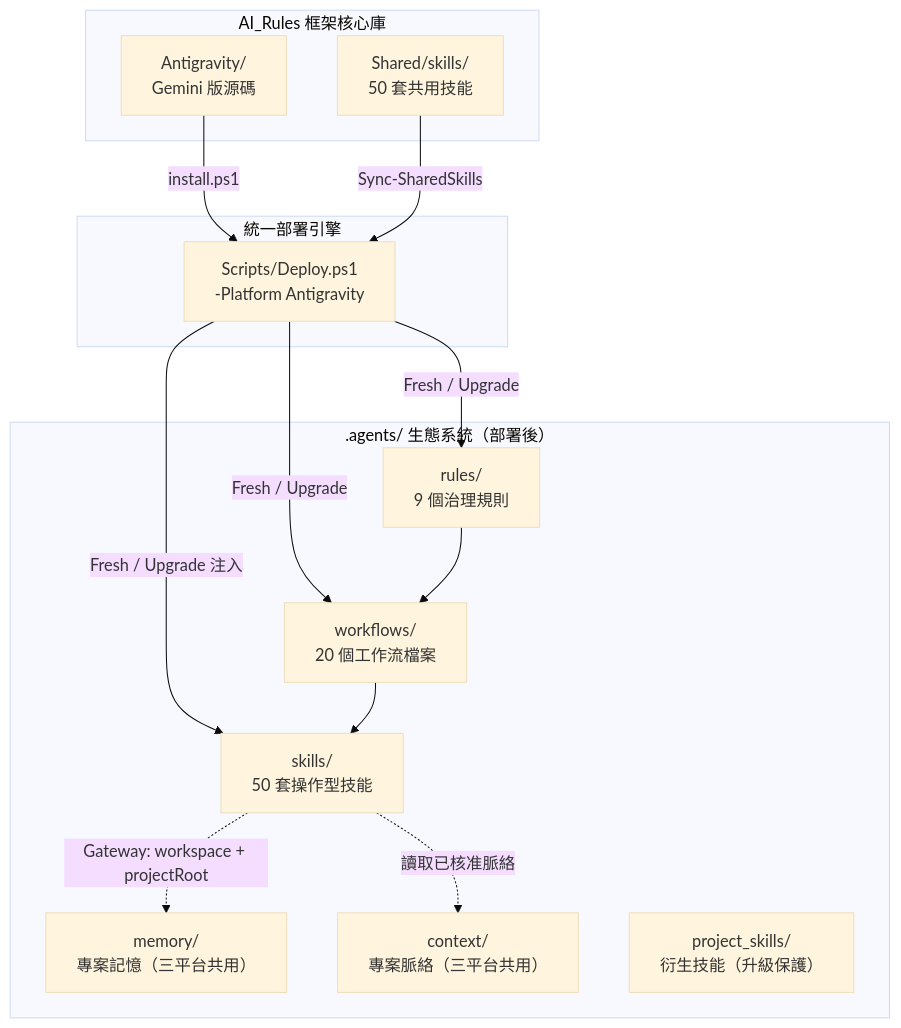
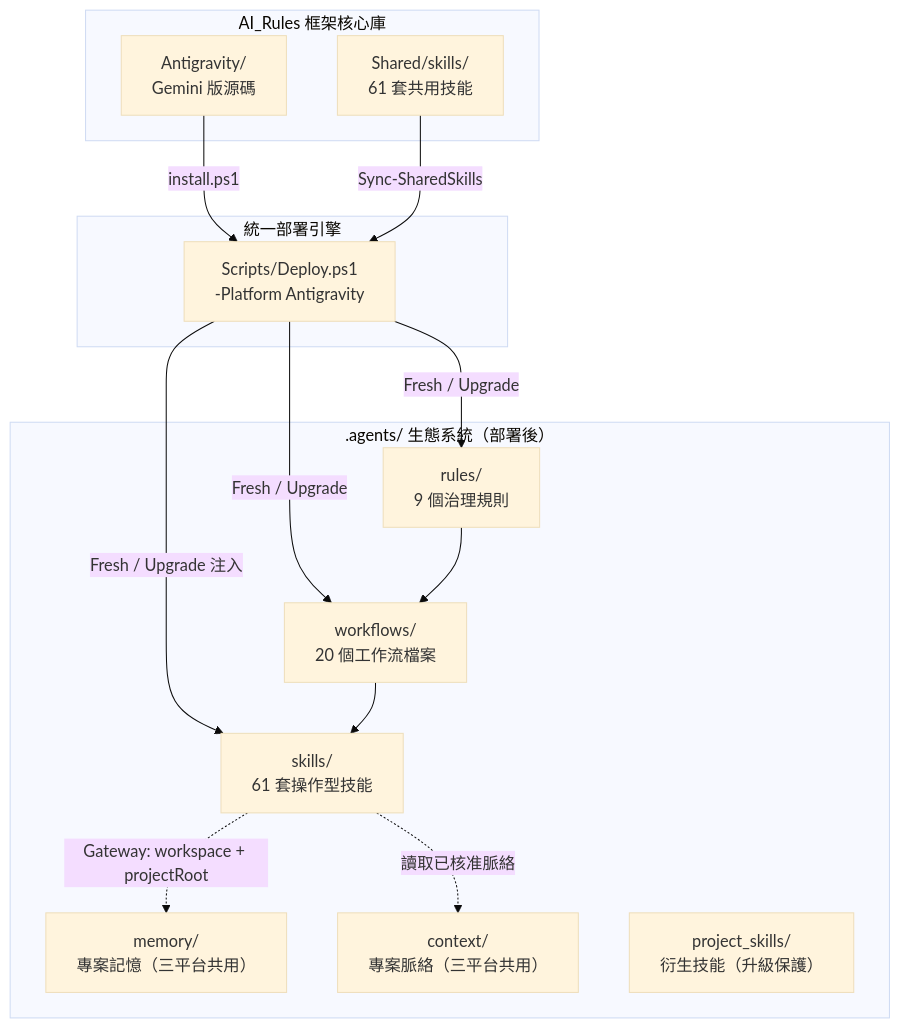
Before and after one commit to Kunshao1117/AI_Rules: the first of 3 diagrams in Antigravity/README.md, drawn with Mermaid (base theme). The commit also changed other lines of this file and 124 other files, not shown here.

````diff
--- a/Antigravity/README.md
+++ b/Antigravity/README.md
@@ -82,30 +82,30 @@
 ```mermaid
 graph TB
     subgraph "AI_Rules 框架核心庫"
         SRC["Antigravity/<br/>Gemini 版源碼"]
-        SH["Shared/skills/<br/>50 套共用技能"]
+        SH["Shared/skills/<br/>61 套共用技能"]
     end
 
     subgraph "統一部署引擎"
         DEPLOY["Scripts/Deploy.ps1<br/>-Platform Antigravity"]
     end
 
     subgraph ".agents/ 生態系統（部署後）"
         RULES["rules/<br/>9 個治理規則"]
         WF["workflows/<br/>20 個工作流檔案"]
-        SKILLS["skills/<br/>50 套操作型技能"]
+        SKILLS["skills/<br/>61 套操作型技能"]
         MEM["memory/<br/>專案記憶（三平台共用）"]
         CTX["context/<br/>專案脈絡（三平台共用）"]
         PROJ["project_skills/<br/>衍生技能（升級保護）"]
     end
 
     SRC -->|"install.ps1"| DEPLOY
     SH -->|"Sync-SharedSkills"| DEPLOY
     DEPLOY -->|"Fresh / Upgrade"| RULES
     DEPLOY -->|"Fresh / Upgrade"| WF
     DEPLOY -->|"Fresh / Upgrade 注入"| SKILLS
     RULES --> WF
     WF --> SKILLS
     SKILLS -.->|"Gateway: workspace + projectRoot"| MEM
     SKILLS -.->|"讀取已核准脈絡"| CTX
 ```
````
